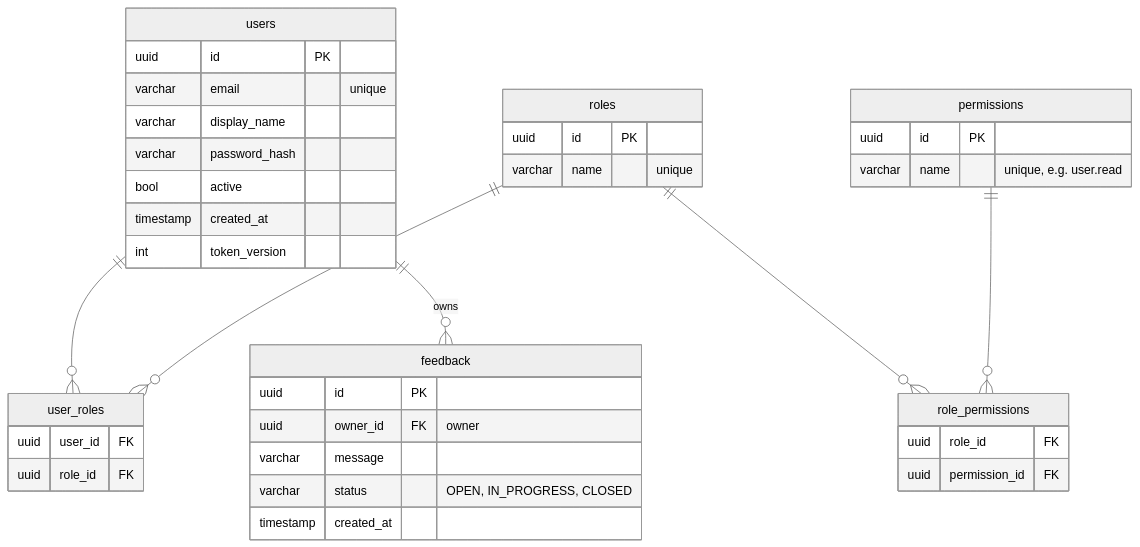
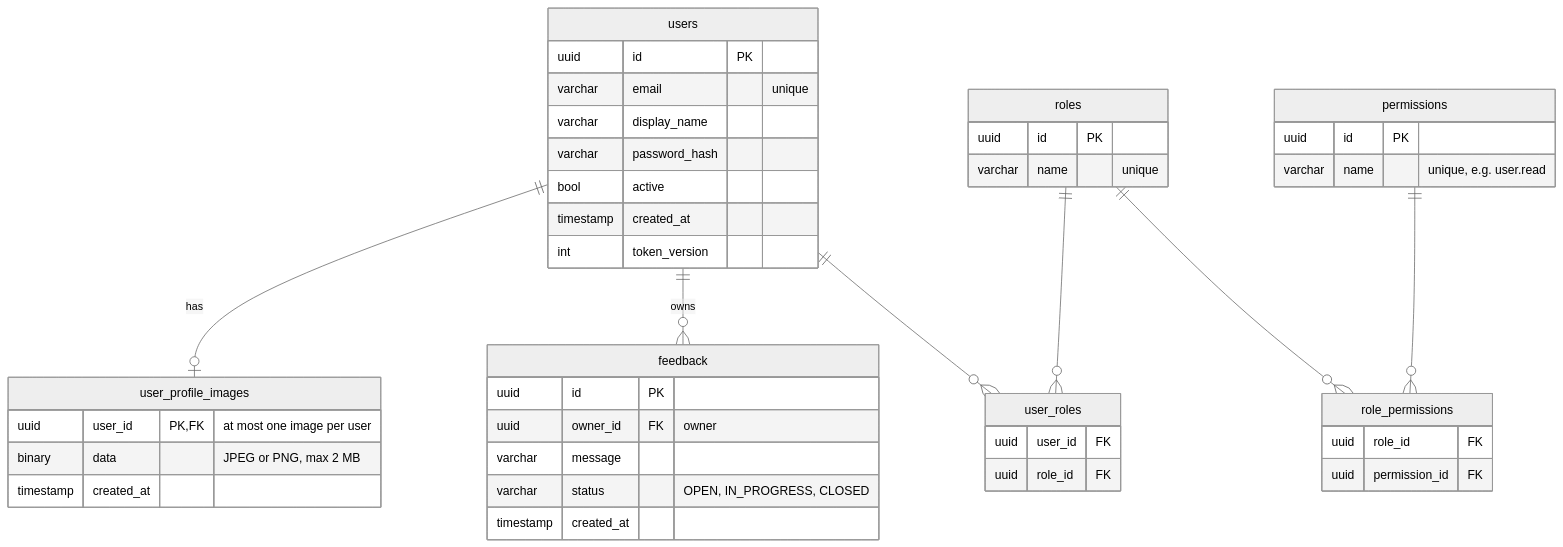
One commit to CleanPrompt/brul changed the second of 2 diagrams in TECHNICAL_DESIGN.md. Above: the diagram before and after it, drawn with Mermaid (neutral theme). The commit also changed other lines of this file and 11 other files, not shown here.

Commit message:
Document profile images

````diff
--- a/TECHNICAL_DESIGN.md
+++ b/TECHNICAL_DESIGN.md
@@ -100,40 +100,46 @@
 ```mermaid
 erDiagram
     users {
         uuid id PK
         varchar email "unique"
         varchar display_name
         varchar password_hash
         bool active
         timestamp created_at
         int token_version
     }
     roles {
         uuid id PK
         varchar name "unique"
     }
     permissions {
         uuid id PK
         varchar name "unique, e.g. user.read"
     }
     user_roles {
         uuid user_id FK
         uuid role_id FK
     }
     role_permissions {
         uuid role_id FK
         uuid permission_id FK
     }
     feedback {
         uuid id PK
         uuid owner_id FK "owner"
         varchar message
         varchar status "OPEN, IN_PROGRESS, CLOSED"
         timestamp created_at
     }
     users ||--o{ user_roles : ""
     roles ||--o{ user_roles : ""
     roles ||--o{ role_permissions : ""
     permissions ||--o{ role_permissions : ""
+    user_profile_images {
+        uuid user_id PK, FK "at most one image per user"
+        binary data "JPEG or PNG, max 2 MB"
+        timestamp created_at
+    }
     users ||--o{ feedback : owns
+    users ||--o| user_profile_images : "has"
 ```
````
